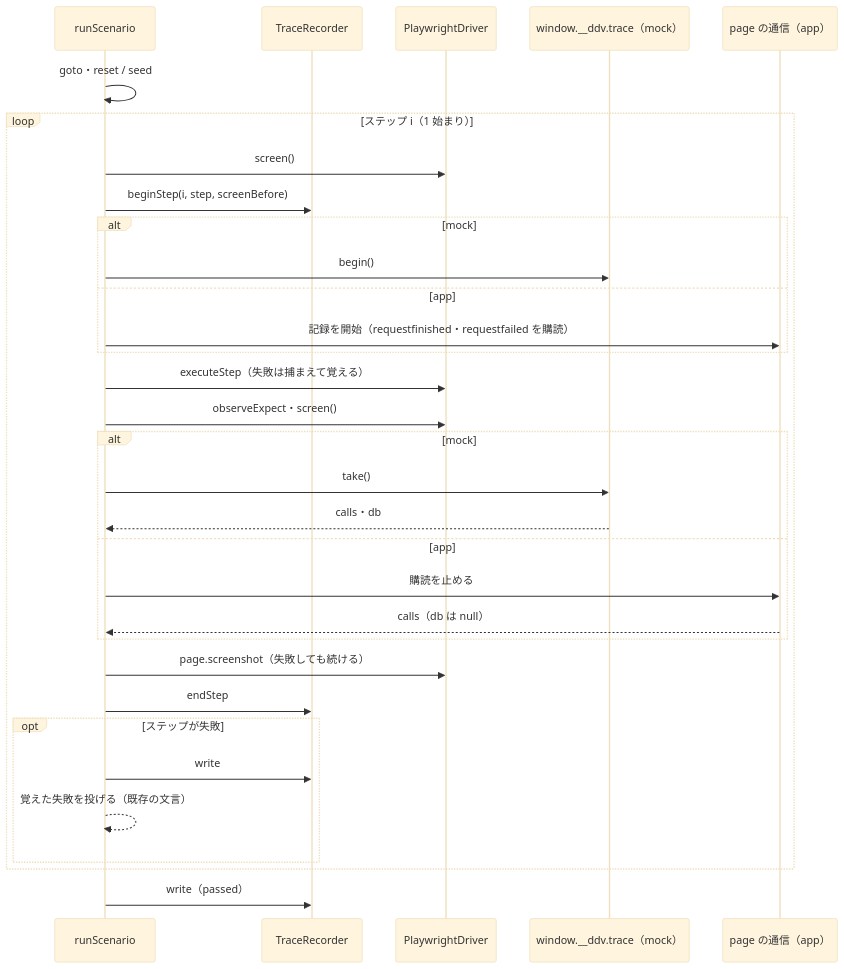
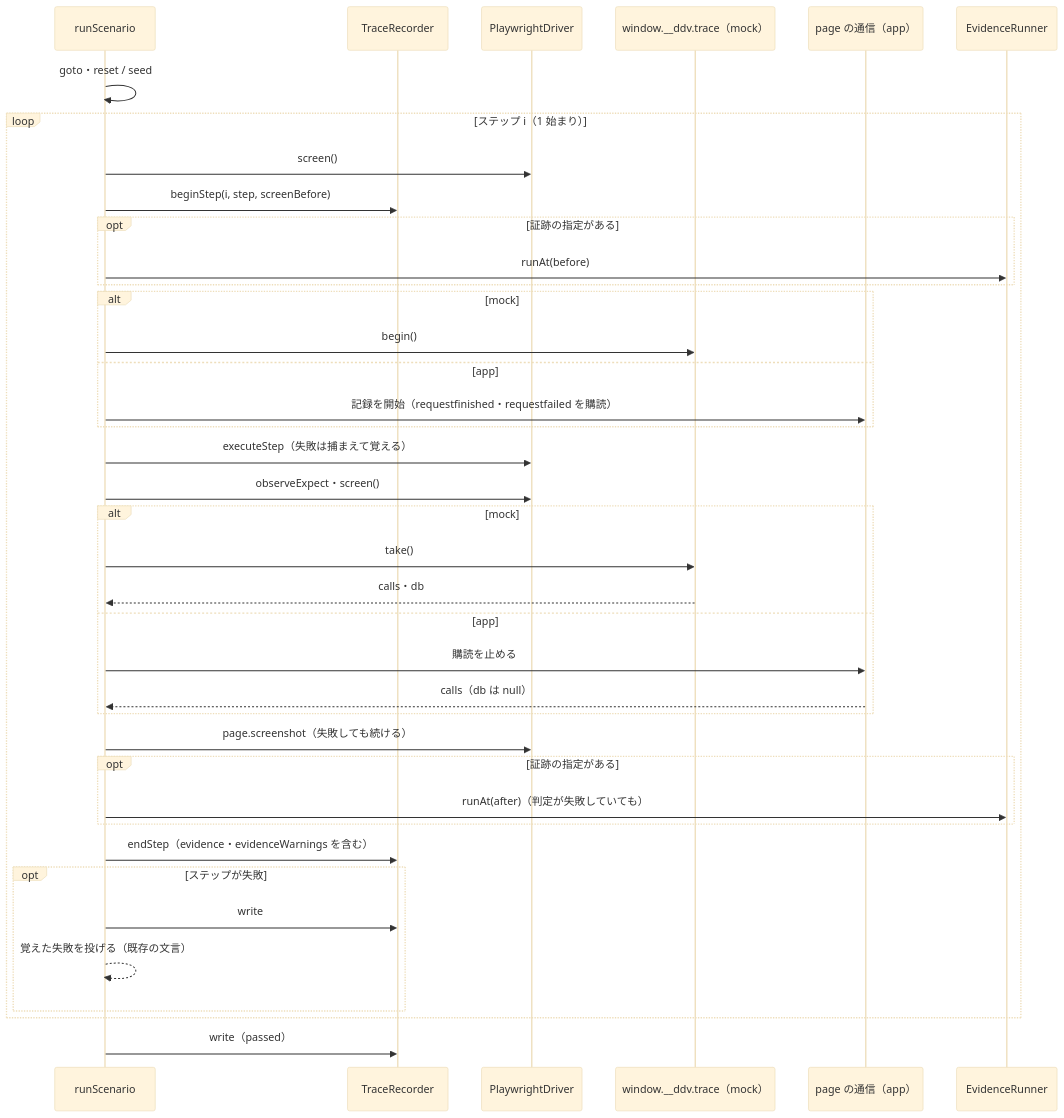
One commit to p-o-ke-nae/design-document changed the third of 6 diagrams in docs/design/detailed/trace-recorder.md. Above: the diagram before and after it, drawn with Mermaid (base theme). The commit also changed other lines of this file and 18 other files, not shown here.

````diff
--- a/docs/design/detailed/trace-recorder.md
+++ b/docs/design/detailed/trace-recorder.md
@@ -162,34 +165,41 @@
 ```mermaid id=record-seq
 sequenceDiagram
   participant X as runScenario
   participant T as TraceRecorder
   participant D as PlaywrightDriver
   participant R as window.__ddv.trace（mock）
   participant N as page の通信（app）
+  participant E as EvidenceRunner
   X->>X: goto・reset / seed
   loop ステップ i（1 始まり）
     X->>D: screen()
     X->>T: beginStep(i, step, screenBefore)
+    opt 証跡の指定がある
+      X->>E: runAt(before)
+    end
     alt mock
       X->>R: begin()
     else app
       X->>N: 記録を開始（requestfinished・requestfailed を購読）
     end
     X->>D: executeStep（失敗は捕まえて覚える）
     X->>D: observeExpect・screen()
     alt mock
       X->>R: take()
       R-->>X: calls・db
     else app
       X->>N: 購読を止める
       N-->>X: calls（db は null）
     end
     X->>D: page.screenshot（失敗しても続ける）
-    X->>T: endStep
+    opt 証跡の指定がある
+      X->>E: runAt(after)（判定が失敗していても）
+    end
+    X->>T: endStep（evidence・evidenceWarnings を含む）
     opt ステップが失敗
       X->>T: write
       X-->>X: 覚えた失敗を投げる（既存の文言）
     end
   end
   X->>T: write（passed）
 ```
````
